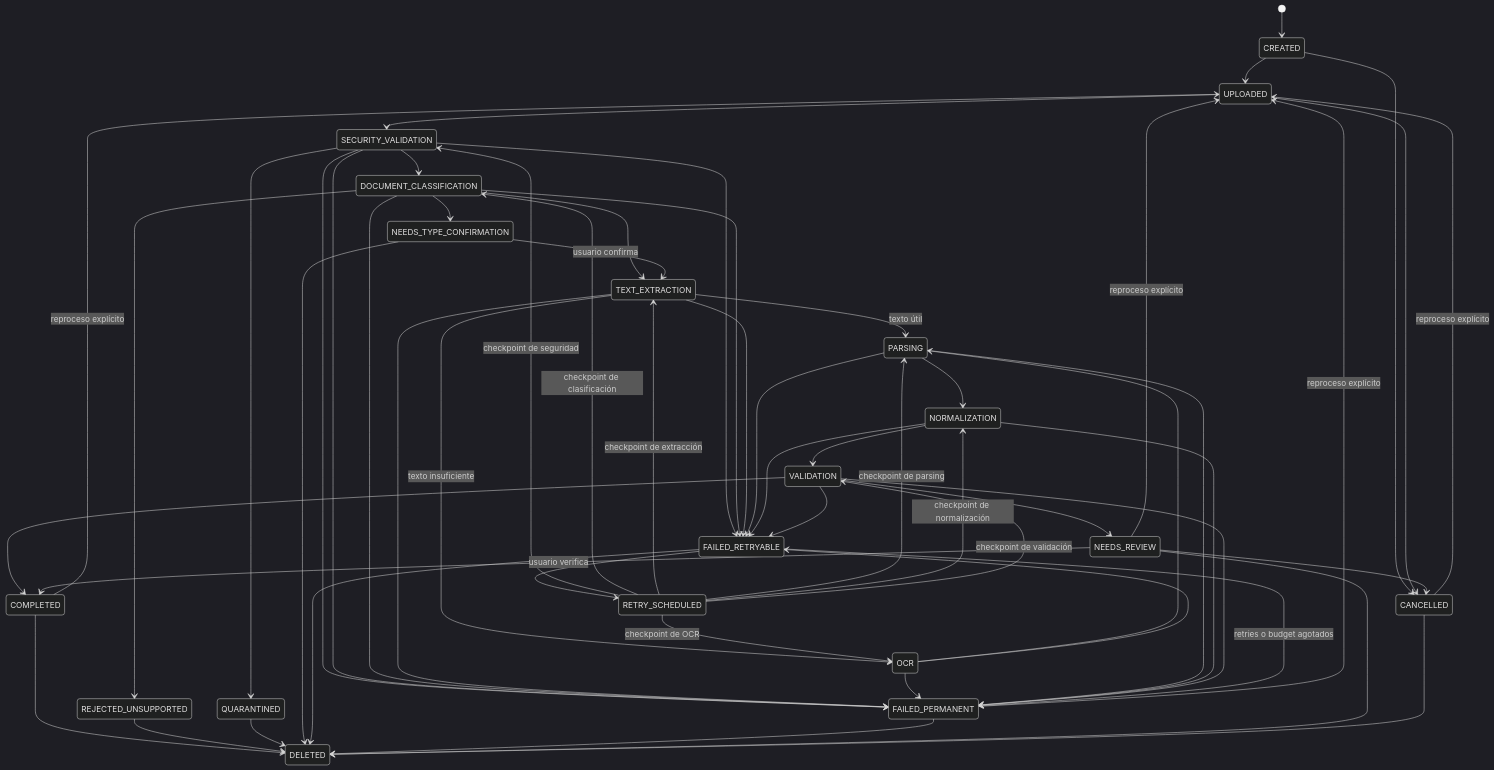
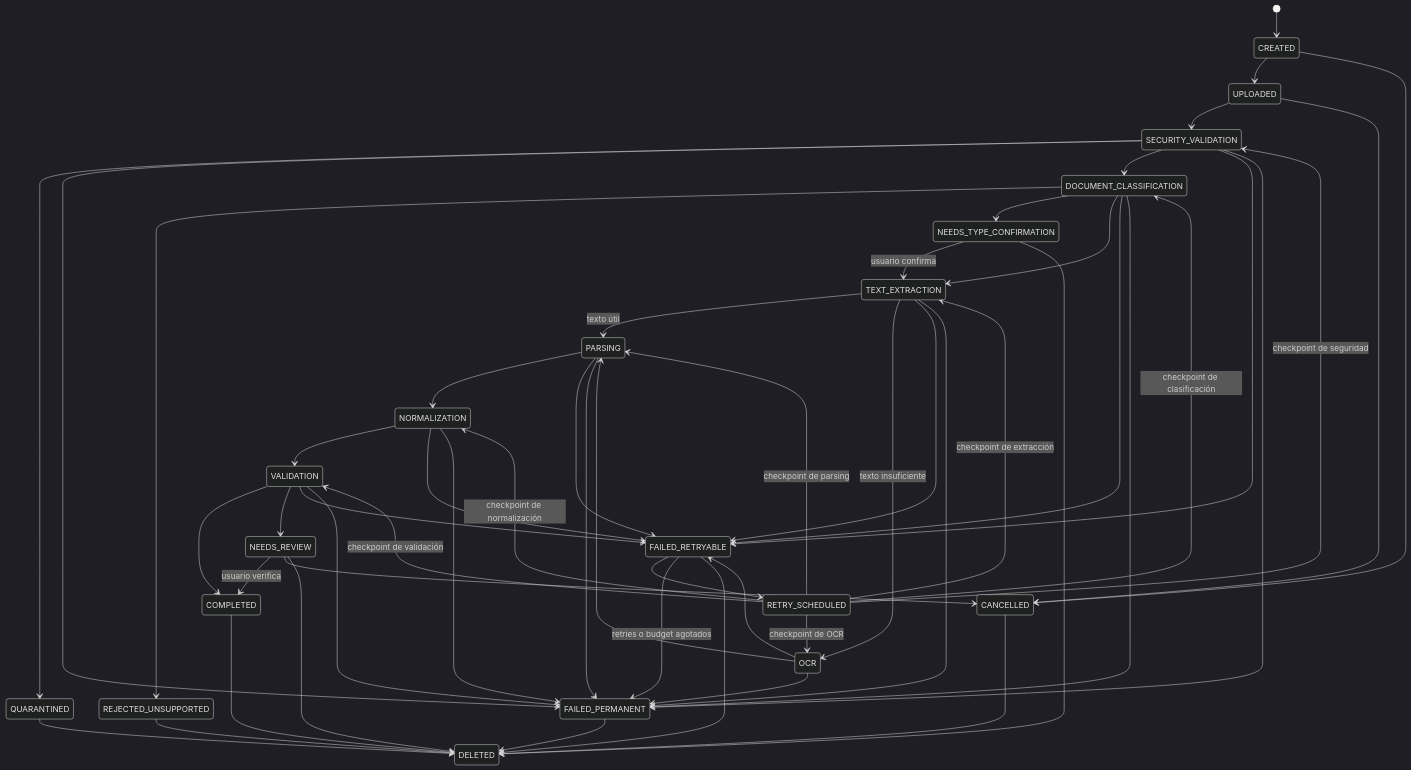
One commit to SebastianMacaya/Salarivo changed the second of 3 diagrams in docs/architecture/ingestion-pipeline.md. Above: the diagram before and after it, drawn with Mermaid (dark theme). The commit also changed other lines of this file and 35 other files, not shown here.

```diff
--- a/docs/architecture/ingestion-pipeline.md
+++ b/docs/architecture/ingestion-pipeline.md
@@ -48,61 +48,57 @@
 ~~~mermaid
 stateDiagram-v2
     [*] --> CREATED
     CREATED --> UPLOADED
     UPLOADED --> SECURITY_VALIDATION
     SECURITY_VALIDATION --> QUARANTINED
     SECURITY_VALIDATION --> FAILED_PERMANENT
     SECURITY_VALIDATION --> DOCUMENT_CLASSIFICATION
     DOCUMENT_CLASSIFICATION --> REJECTED_UNSUPPORTED
     DOCUMENT_CLASSIFICATION --> NEEDS_TYPE_CONFIRMATION
     DOCUMENT_CLASSIFICATION --> TEXT_EXTRACTION
     NEEDS_TYPE_CONFIRMATION --> TEXT_EXTRACTION: usuario confirma
     TEXT_EXTRACTION --> PARSING: texto útil
     TEXT_EXTRACTION --> OCR: texto insuficiente
     OCR --> PARSING
     PARSING --> NORMALIZATION
     NORMALIZATION --> VALIDATION
     VALIDATION --> COMPLETED
     VALIDATION --> NEEDS_REVIEW
     NEEDS_REVIEW --> COMPLETED: usuario verifica
-    COMPLETED --> UPLOADED: reproceso explícito
-    NEEDS_REVIEW --> UPLOADED: reproceso explícito
-    FAILED_PERMANENT --> UPLOADED: reproceso explícito
-    CANCELLED --> UPLOADED: reproceso explícito
 
     SECURITY_VALIDATION --> FAILED_RETRYABLE
     SECURITY_VALIDATION --> FAILED_PERMANENT
     DOCUMENT_CLASSIFICATION --> FAILED_RETRYABLE
     DOCUMENT_CLASSIFICATION --> FAILED_PERMANENT
     TEXT_EXTRACTION --> FAILED_RETRYABLE
     TEXT_EXTRACTION --> FAILED_PERMANENT
     OCR --> FAILED_RETRYABLE
     OCR --> FAILED_PERMANENT
     PARSING --> FAILED_RETRYABLE
     PARSING --> FAILED_PERMANENT
     NORMALIZATION --> FAILED_RETRYABLE
     NORMALIZATION --> FAILED_PERMANENT
     VALIDATION --> FAILED_RETRYABLE
     VALIDATION --> FAILED_PERMANENT
     FAILED_RETRYABLE --> RETRY_SCHEDULED
     FAILED_RETRYABLE --> FAILED_PERMANENT: retries o budget agotados
     RETRY_SCHEDULED --> SECURITY_VALIDATION: checkpoint de seguridad
     RETRY_SCHEDULED --> DOCUMENT_CLASSIFICATION: checkpoint de clasificación
     RETRY_SCHEDULED --> TEXT_EXTRACTION: checkpoint de extracción
     RETRY_SCHEDULED --> OCR: checkpoint de OCR
     RETRY_SCHEDULED --> PARSING: checkpoint de parsing
     RETRY_SCHEDULED --> NORMALIZATION: checkpoint de normalización
     RETRY_SCHEDULED --> VALIDATION: checkpoint de validación
 
     CREATED --> CANCELLED
     UPLOADED --> CANCELLED
     NEEDS_REVIEW --> CANCELLED
     COMPLETED --> DELETED
     REJECTED_UNSUPPORTED --> DELETED
     QUARANTINED --> DELETED
     NEEDS_TYPE_CONFIRMATION --> DELETED
     FAILED_RETRYABLE --> DELETED
     FAILED_PERMANENT --> DELETED
     NEEDS_REVIEW --> DELETED
     CANCELLED --> DELETED
 ~~~
```
